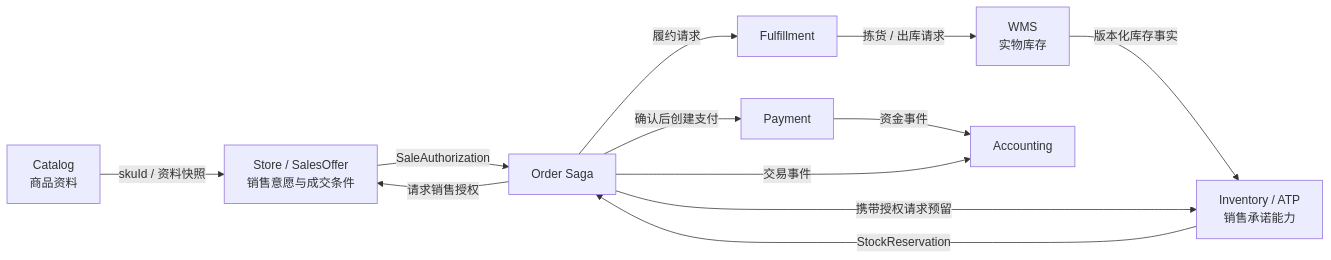
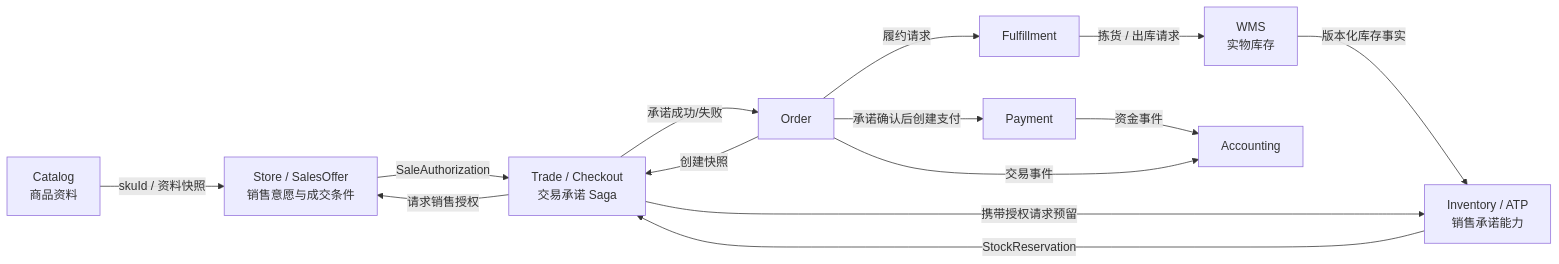
Before and after one commit to ddd-mall/j-store: the diagram in docs/domain-modeling.md, drawn with Mermaid. The commit also changed other lines of this file and 42 other files, not shown here.

````diff
--- a/docs/domain-modeling.md
+++ b/docs/domain-modeling.md
@@ -33,14 +34,16 @@
 ```mermaid
 flowchart LR
     Catalog["Catalog<br/>商品资料"] -->|"skuId / 资料快照"| Offer["Store / SalesOffer<br/>销售意愿与成交条件"]
     WMS["WMS<br/>实物库存"] -->|"版本化库存事实"| ATP["Inventory / ATP<br/>销售承诺能力"]
-    Order["Order Saga"] -->|"请求销售授权"| Offer
-    Offer -->|"SaleAuthorization"| Order
-    Order -->|"携带授权请求预留"| ATP
-    ATP -->|"StockReservation"| Order
-    Order -->|"确认后创建支付"| Payment["Payment"]
+    Order["Order"] -->|"创建快照"| Trade["Trade / Checkout<br/>交易承诺 Saga"]
+    Trade -->|"请求销售授权"| Offer
+    Offer -->|"SaleAuthorization"| Trade
+    Trade -->|"携带授权请求预留"| ATP
+    ATP -->|"StockReservation"| Trade
+    Trade -->|"承诺成功/失败"| Order
+    Order -->|"承诺确认后创建支付"| Payment["Payment"]
     Order -->|"履约请求"| Fulfillment["Fulfillment"]
     Fulfillment -->|"拣货 / 出库请求"| WMS
     Payment -->|"资金事件"| Accounting["Accounting"]
     Order -->|"交易事件"| Accounting
 ```
````
